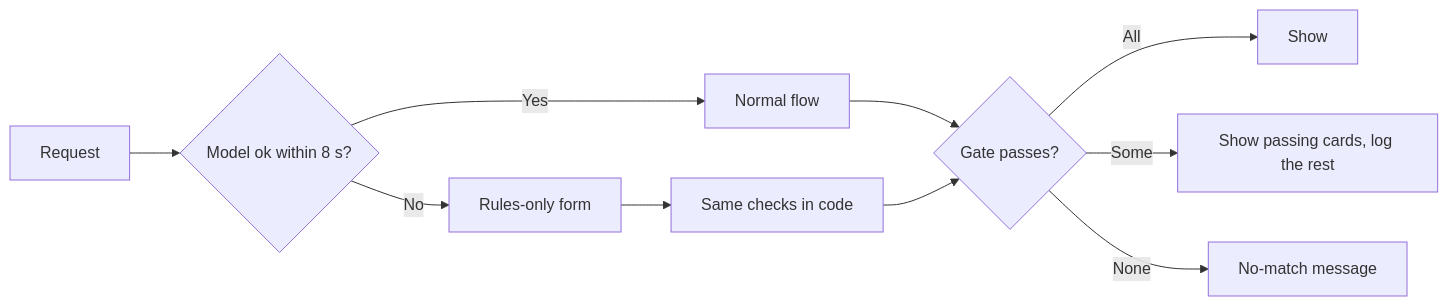
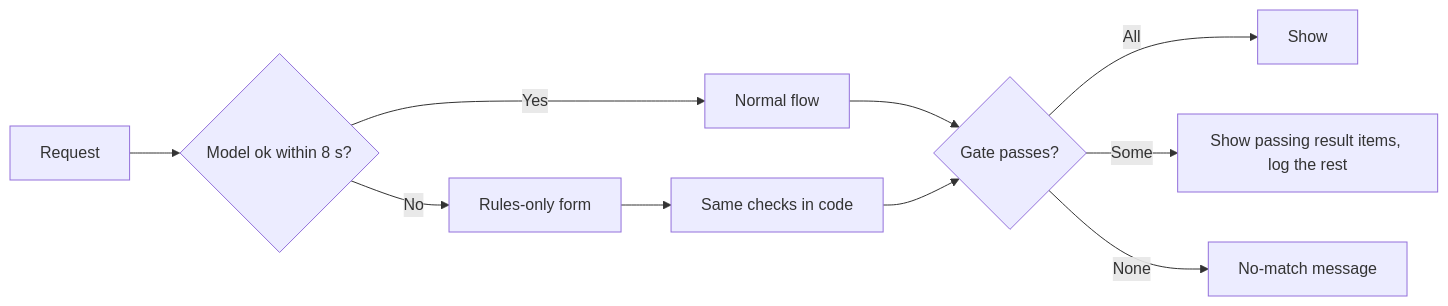
The second of 3 diagrams in lapfit-project/ai-spec/specs/F02_second_opinion_and_pitch_check.md (Atharvojha/AIforPMCapstoneProject_Team11), drawn with Mermaid before and after one commit. The commit also changed other lines of this file and 46 other files, not shown here.

````diff
--- a/lapfit-project/ai-spec/specs/F02_second_opinion_and_pitch_check.md
+++ b/lapfit-project/ai-spec/specs/F02_second_opinion_and_pitch_check.md
@@ -113,12 +104,12 @@
 ```mermaid
 flowchart LR
   X[Request] --> Y{Model ok within 8 s?}
   Y -->|Yes| Z[Normal flow]
   Y -->|No| F[Rules-only form]
   F --> R[Same checks in code]
   Z --> G{Gate passes?}
   R --> G
   G -->|All| S[Show]
-  G -->|Some| T[Show passing cards, log the rest]
+  G -->|Some| T[Show passing result items, log the rest]
   G -->|None| U[No-match message]
 ```
````
